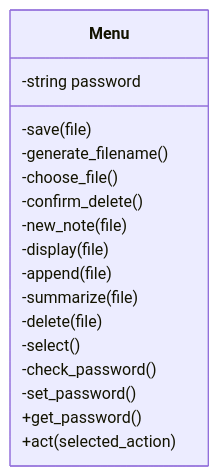
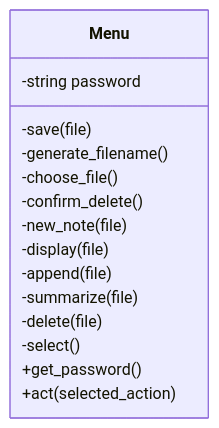
The diagram in LLD_Diagrams/Menu Class Diagram.md (t-drape/SE300_Secure_Notes_App), drawn with Mermaid before and after one commit.

Commit message:
Update Menu Class Diagram.md

````diff
--- a/LLD_Diagrams/Menu Class Diagram.md
+++ b/LLD_Diagrams/Menu Class Diagram.md
@@ -1,20 +1,18 @@
 ```mermaid
 classDiagram
     class Menu {
         -string password
         -save(file)
         -generate_filename()
         -choose_file()
         -confirm_delete()
         -new_note(file)
         -display(file)
         -append(file)
         -summarize(file)
         -delete(file)
         -select()
-        -check_password()
-        -set_password()
         +get_password()
         +act(selected_action)
     }
 ```
````
